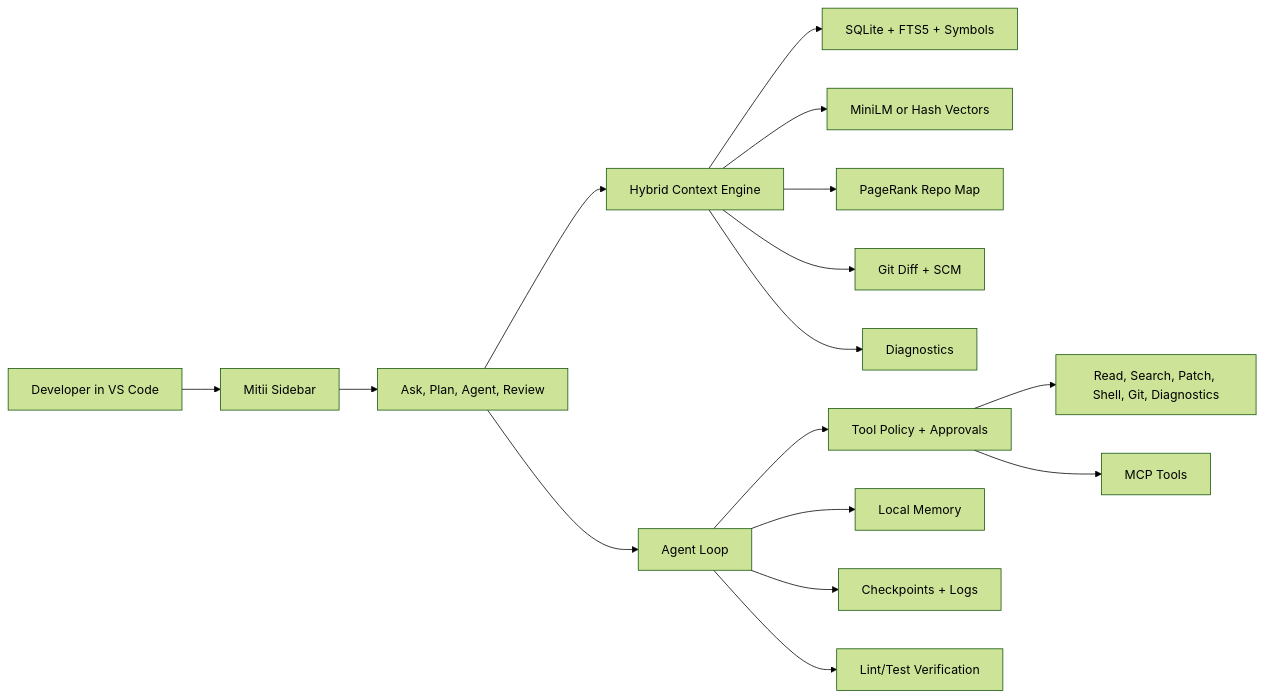
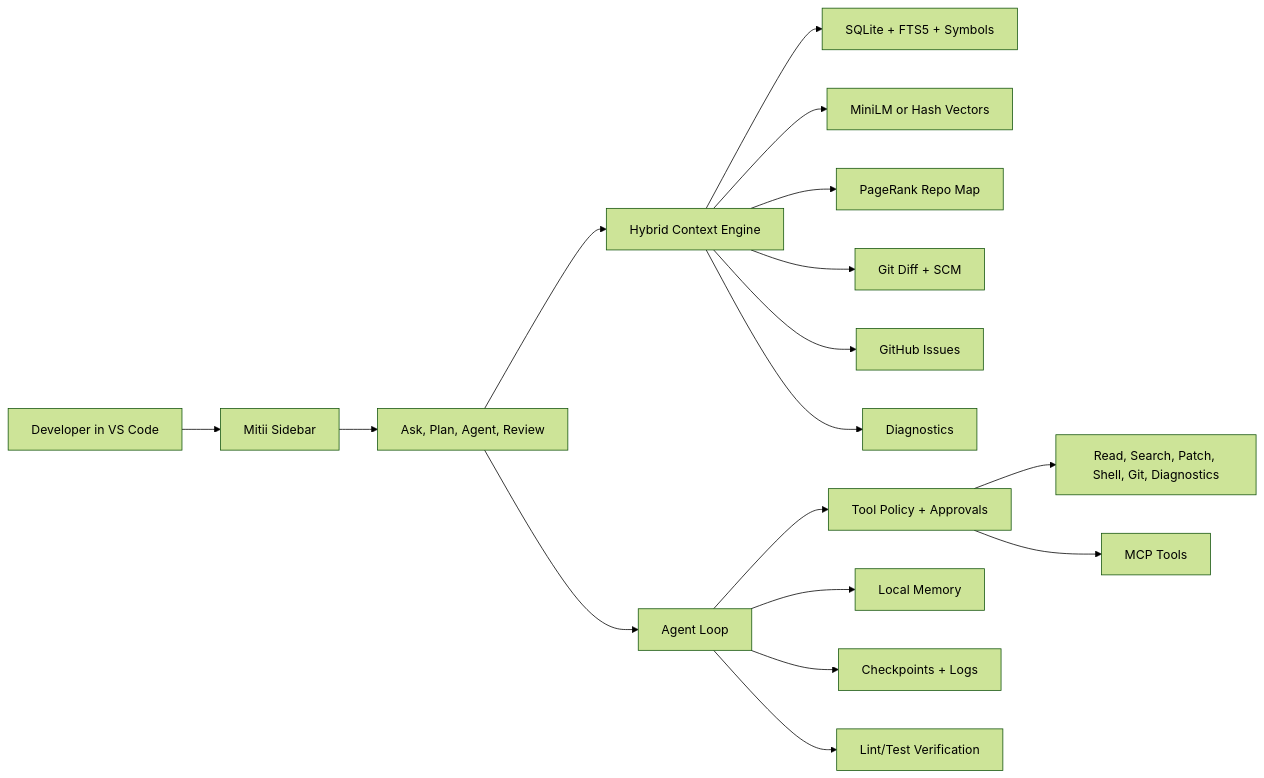
The first of 4 diagrams in README.md (Mitii-dev/Mitii), drawn with Mermaid (forest theme) before and after one commit. The commit also changed other lines of this file and 18 other files, not shown here.

````diff
--- a/README.md
+++ b/README.md
@@ -79,18 +81,19 @@
 ```mermaid
 flowchart LR
   User[Developer in VS Code] --> UI[Mitii Sidebar]
   UI --> Modes[Ask, Plan, Agent, Review]
   Modes --> Context[Hybrid Context Engine]
   Context --> Index[SQLite + FTS5 + Symbols]
   Context --> Vectors[MiniLM or Hash Vectors]
   Context --> RepoMap[PageRank Repo Map]
   Context --> Git[Git Diff + SCM]
+  Context --> Issues[GitHub Issues]
   Context --> LSP[Diagnostics]
   Modes --> Agent[Agent Loop]
   Agent --> Safety[Tool Policy + Approvals]
   Safety --> Tools[Read, Search, Patch, Shell, Git, Diagnostics]
   Safety --> MCP[MCP Tools]
   Agent --> Memory[Local Memory]
   Agent --> Checkpoints[Checkpoints + Logs]
   Agent --> Verify[Lint/Test Verification]
 ```
````
